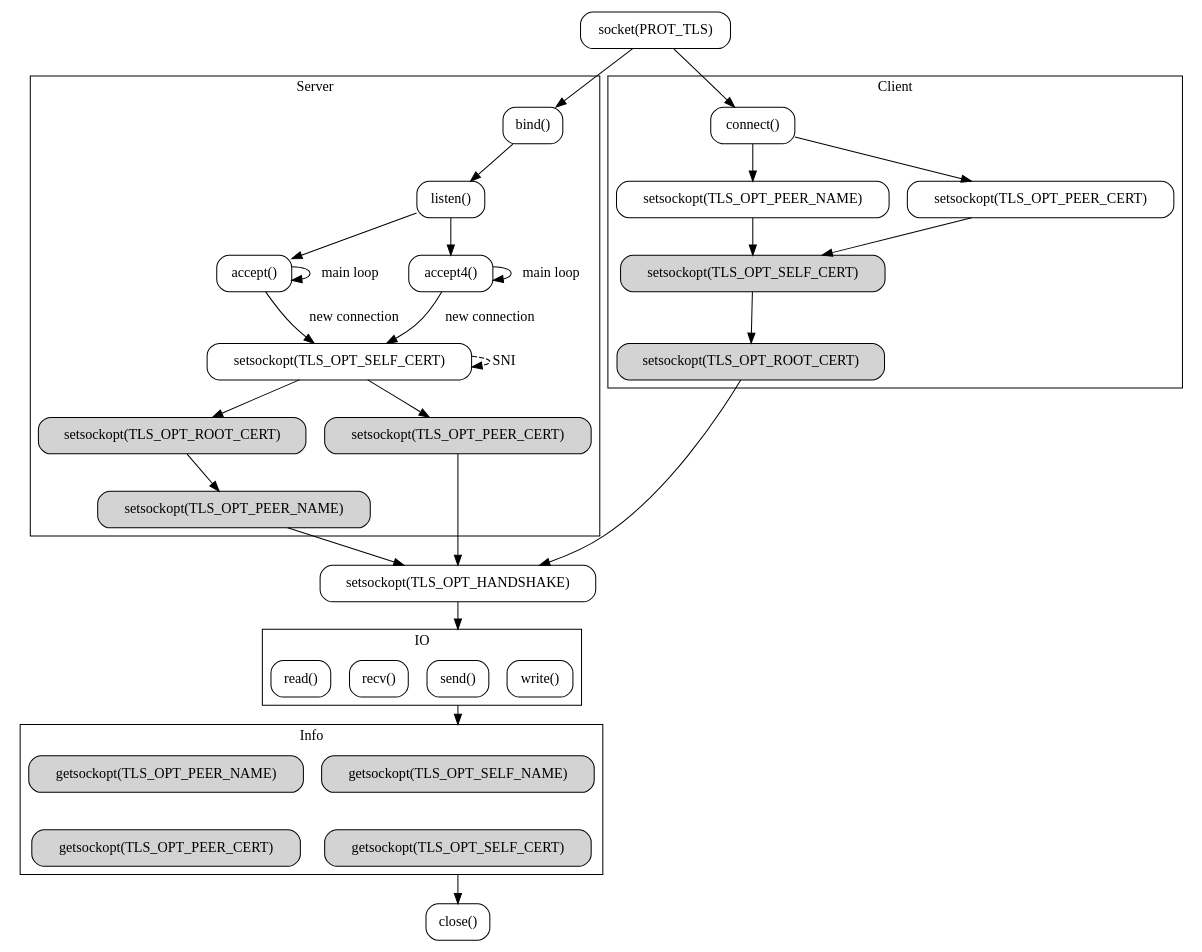
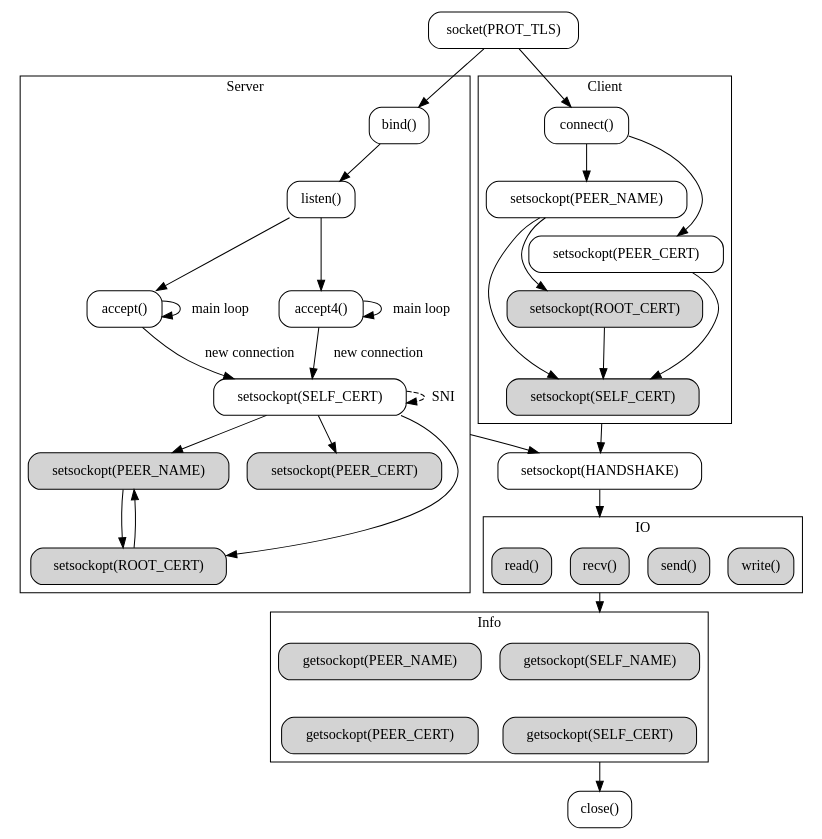
Before and after one commit to enarx-archive/tlssock: the diagram in workflow.dot, drawn with Graphviz. The commit also changed 2 other files, not shown here.

Commit message:
Clean up graph, clarify options

```diff
--- a/workflow.dot
+++ b/workflow.dot
@@ -1,79 +1,81 @@
 digraph Workflow {
   compound=true;
   node [style=rounded, shape=box];
 
   subgraph cluster_info {
+    node [style="rounded,filled", shape=box];
+    edge [style=invis];
     label=Info;
 
-    "getsockopt(TLS_OPT_SELF_NAME)" [style="rounded,filled"];
-    "getsockopt(TLS_OPT_SELF_CERT)" [style="rounded,filled"];
-    "getsockopt(TLS_OPT_PEER_NAME)" [style="rounded,filled"];
-    "getsockopt(TLS_OPT_PEER_CERT)" [style="rounded,filled"];
-
-    "getsockopt(TLS_OPT_SELF_NAME)" -> "getsockopt(TLS_OPT_SELF_CERT)" [style=invis];
-    "getsockopt(TLS_OPT_PEER_NAME)" -> "getsockopt(TLS_OPT_PEER_CERT)" [style=invis];
+    "getsockopt(SELF_NAME)" -> "getsockopt(SELF_CERT)";
+    "getsockopt(PEER_NAME)" -> "getsockopt(PEER_CERT)";
   }
 
   subgraph cluster_io {
+    node [style="rounded,filled", shape=box];
     label=IO;
+
     "write()";
     "send()";
     "recv()";
     "read()";
   }
 
   subgraph cluster_srv {
     label=Server;
 
-    srv_self_cert [label="setsockopt(TLS_OPT_SELF_CERT)"];
-    srv_peer_name [label="setsockopt(TLS_OPT_PEER_NAME)",style="rounded,filled"];
-    srv_peer_cert [label="setsockopt(TLS_OPT_PEER_CERT)",style="rounded,filled"];
-    srv_root_cert [label="setsockopt(TLS_OPT_ROOT_CERT)",style="rounded,filled"];
+    srv_self_cert [label="setsockopt(SELF_CERT)"];
+    srv_peer_name [label="setsockopt(PEER_NAME)",style="rounded,filled"];
+    srv_peer_cert [label="setsockopt(PEER_CERT)",style="rounded,filled"];
+    srv_root_cert [label="setsockopt(ROOT_CERT)",style="rounded,filled"];
 
     "bind()" -> "listen()";
 
     "listen()" -> "accept()";
     "accept()" -> "accept()" [label=" main loop "];
     "accept()" -> srv_self_cert [label=" new connection "];
 
     "listen()" -> "accept4()";
     "accept4()" -> "accept4()" [label=" main loop "];
     "accept4()" -> srv_self_cert [label=" new connection "];
 
-    srv_self_cert -> srv_self_cert [label=SNI, style=dashed];
+    srv_self_cert -> srv_self_cert [label=" SNI ", style=dashed];
 
+    srv_self_cert -> srv_peer_name;
+    srv_self_cert -> srv_peer_cert;
     srv_self_cert -> srv_root_cert;
-    srv_self_cert -> srv_peer_cert;
+
+    srv_peer_name -> srv_root_cert;
     srv_root_cert -> srv_peer_name;
   }
 
   subgraph cluster_clt {
     label=Client;
 
-    clt_peer_name [label="setsockopt(TLS_OPT_PEER_NAME)"];
-    clt_peer_cert [label="setsockopt(TLS_OPT_PEER_CERT)"];
-    clt_self_cert [label="setsockopt(TLS_OPT_SELF_CERT)",style="rounded,filled"];
-    clt_root_cert [label="setsockopt(TLS_OPT_ROOT_CERT)",style="rounded,filled"];
+    clt_peer_name [label="setsockopt(PEER_NAME)"];
+    clt_peer_cert [label="setsockopt(PEER_CERT)"];
+    clt_self_cert [label="setsockopt(SELF_CERT)",style="rounded,filled"];
+    clt_root_cert [label="setsockopt(ROOT_CERT)",style="rounded,filled"];
 
     "connect()" -> clt_peer_cert;
     clt_peer_cert -> clt_self_cert;
 
     "connect()" -> clt_peer_name;
+    clt_peer_name -> clt_root_cert;
     clt_peer_name -> clt_self_cert;
-
-    clt_self_cert -> clt_root_cert
+    clt_root_cert -> clt_self_cert;
   }
 
   "socket(PROT_TLS)" -> "bind()";
   "socket(PROT_TLS)" -> "connect()";
 
-  srv_peer_cert -> "setsockopt(TLS_OPT_HANDSHAKE)";
-  srv_peer_name -> "setsockopt(TLS_OPT_HANDSHAKE)";
-  clt_root_cert -> "setsockopt(TLS_OPT_HANDSHAKE)";
+  srv_self_cert -> "setsockopt(HANDSHAKE)" [ltail=cluster_srv];
+  clt_self_cert -> "setsockopt(HANDSHAKE)" [ltail=cluster_clt];
 
-  "setsockopt(TLS_OPT_HANDSHAKE)" -> "send()" [lhead=cluster_io];
 
-  "send()" -> "getsockopt(TLS_OPT_SELF_NAME)" [ltail=cluster_io,lhead=cluster_info];
+  "setsockopt(HANDSHAKE)" -> "recv()" [lhead=cluster_io];
 
-  "getsockopt(TLS_OPT_SELF_CERT)" -> "close()" [ltail=cluster_info];
+  "recv()" -> "getsockopt(SELF_NAME)" [ltail=cluster_io,lhead=cluster_info];
+
+  "getsockopt(SELF_CERT)" -> "close()" [ltail=cluster_info];
 }
```
